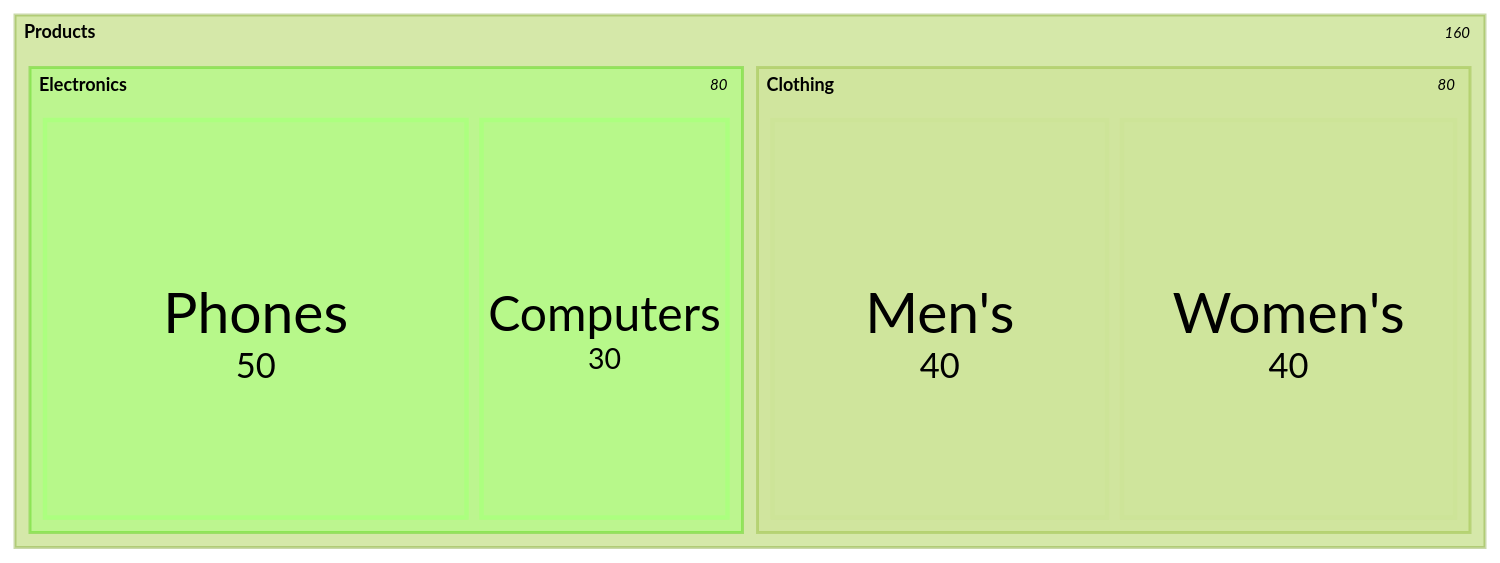
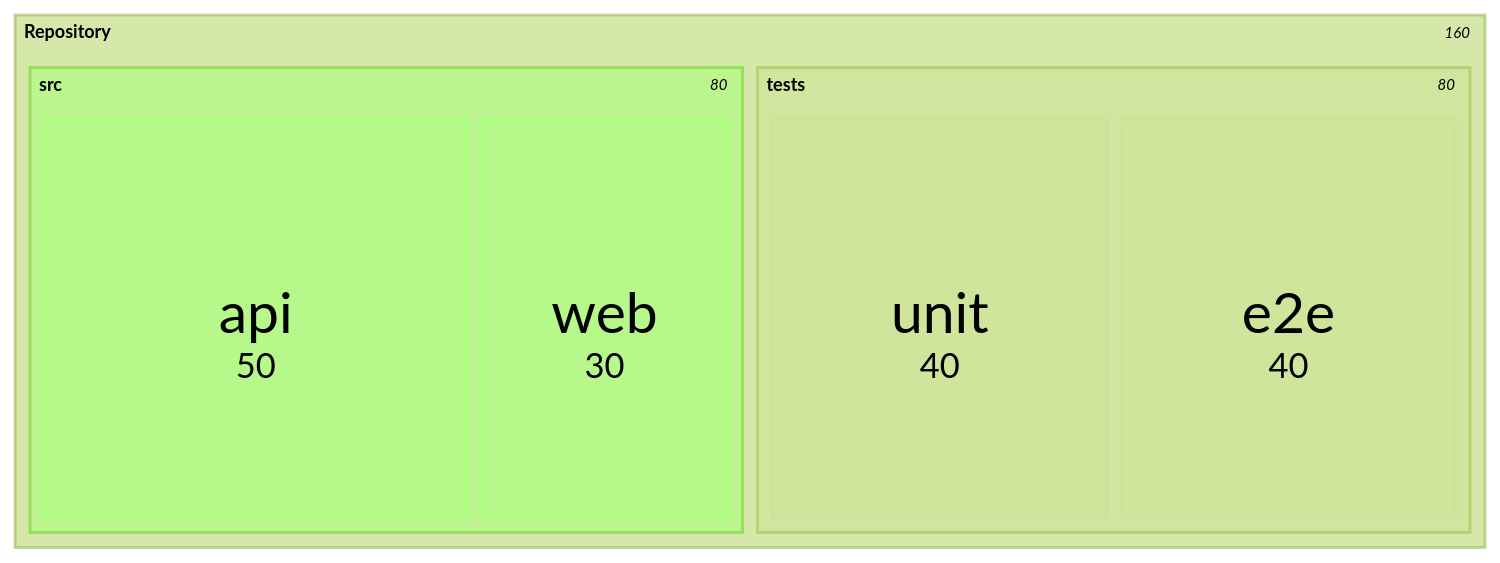
The first of 2 diagrams in mastery-of-mermaid/references/treemap.md (flatrick/agent-skills), drawn with Mermaid (forest theme) before and after one commit. The commit also changed other lines of this file and 44 other files, not shown here.

First line of the commit message:
docs: retheme mastery-of-mermaid examples to software-dev scenarios

````diff
--- a/mastery-of-mermaid/references/treemap.md
+++ b/mastery-of-mermaid/references/treemap.md
@@ -11,10 +11,10 @@
 ```mermaid
 treemap-beta
-"Products"
-    "Electronics"
-        "Phones": 50
-        "Computers": 30
-    "Clothing"
-        "Men's": 40
-        "Women's": 40
+"Repository"
+    "src"
+        "api": 50
+        "web": 30
+    "tests"
+        "unit": 40
+        "e2e": 40
 ```
````
